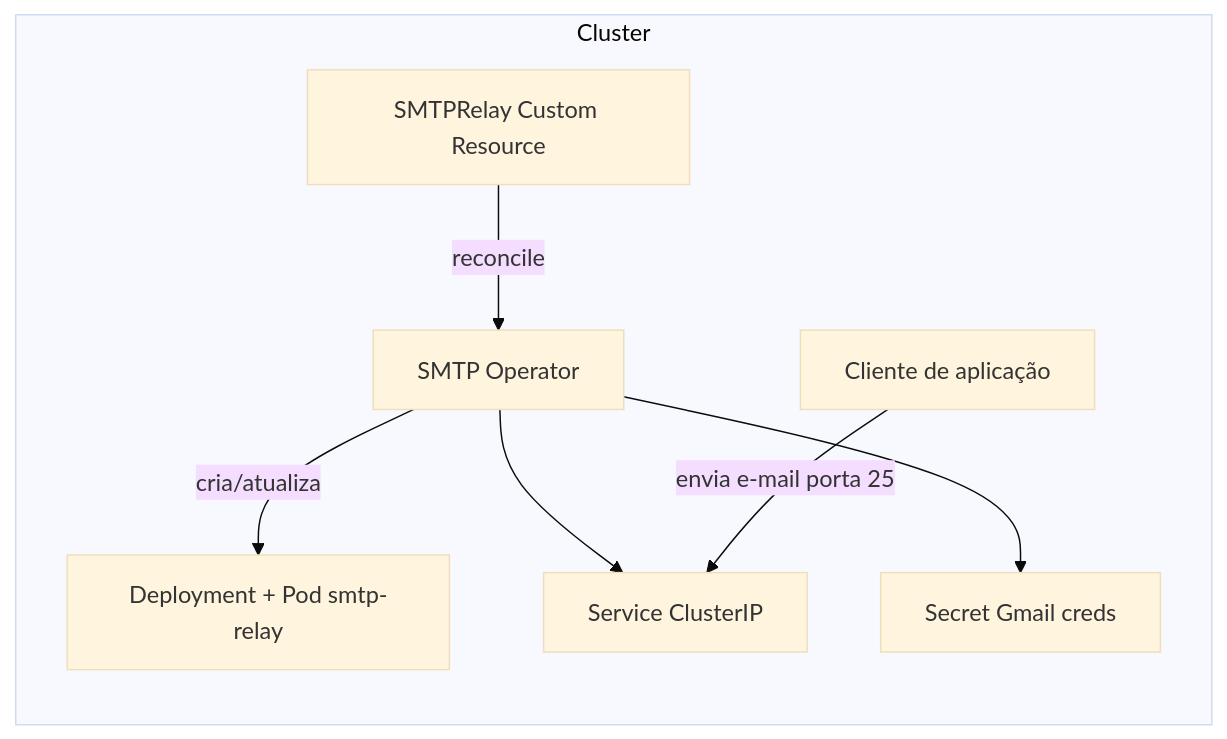
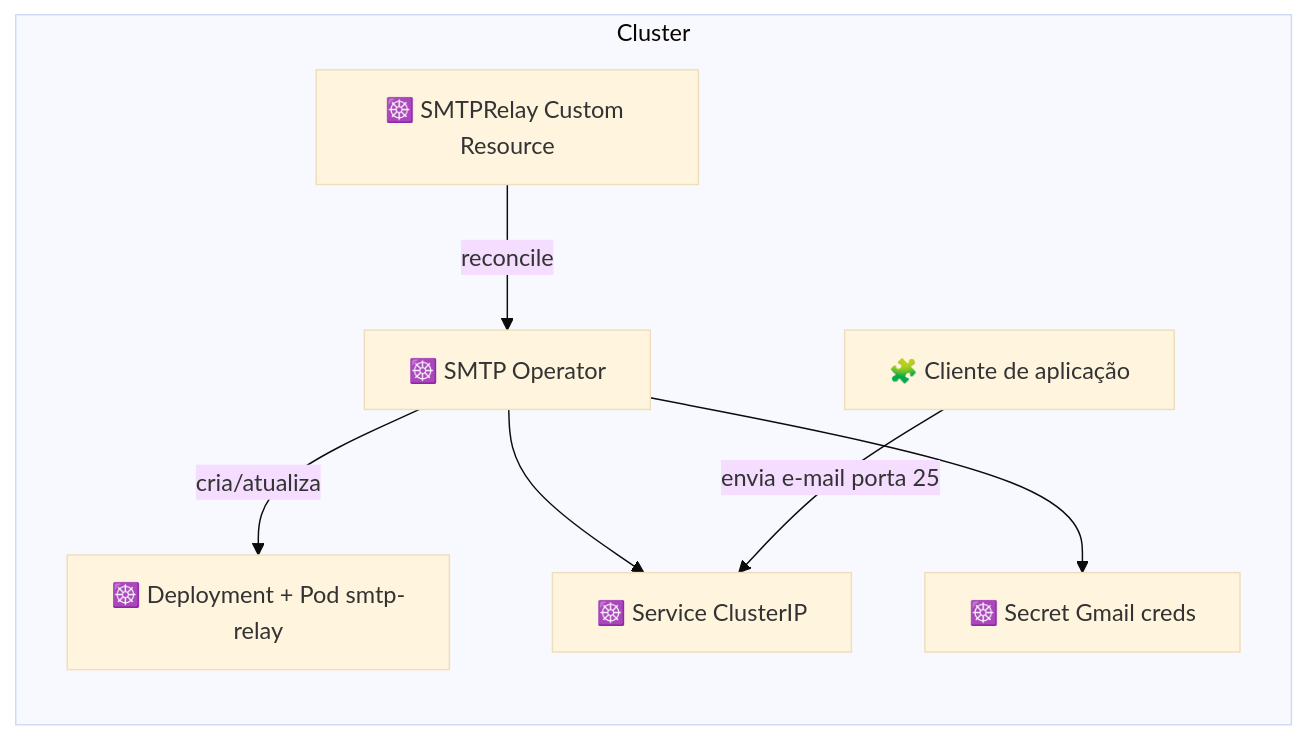
Before and after one commit to gersontpc/smtp-operator: the diagram in README.md, drawn with Mermaid (base theme). The commit also changed other lines of this file, not shown here.

````diff
--- a/README.md
+++ b/README.md
@@ -99,17 +78,17 @@
 ```mermaid
 flowchart LR
     subgraph Cluster
-        CR[SMTPRelay Custom Resource]
-        Operator[SMTP Operator]
-        Deployment[Deployment + Pod smtp-relay]
-        Service[Service ClusterIP]
-        Secret[Secret Gmail creds]
-        Client[Cliente de aplicação]
+        CR[☸️ SMTPRelay Custom Resource]
+        Operator[☸️ SMTP Operator]
+        Deployment[☸️ Deployment + Pod smtp-relay]
+        Service[☸️ Service ClusterIP]
+        Secret[☸️ Secret Gmail creds]
+        Client[🧩 Cliente de aplicação]
     end
 
     CR -->|reconcile| Operator
     Operator -->|cria/atualiza| Deployment
     Operator --> Service
     Operator --> Secret
     Client -->|envia e-mail porta 25| Service
 ```
````
